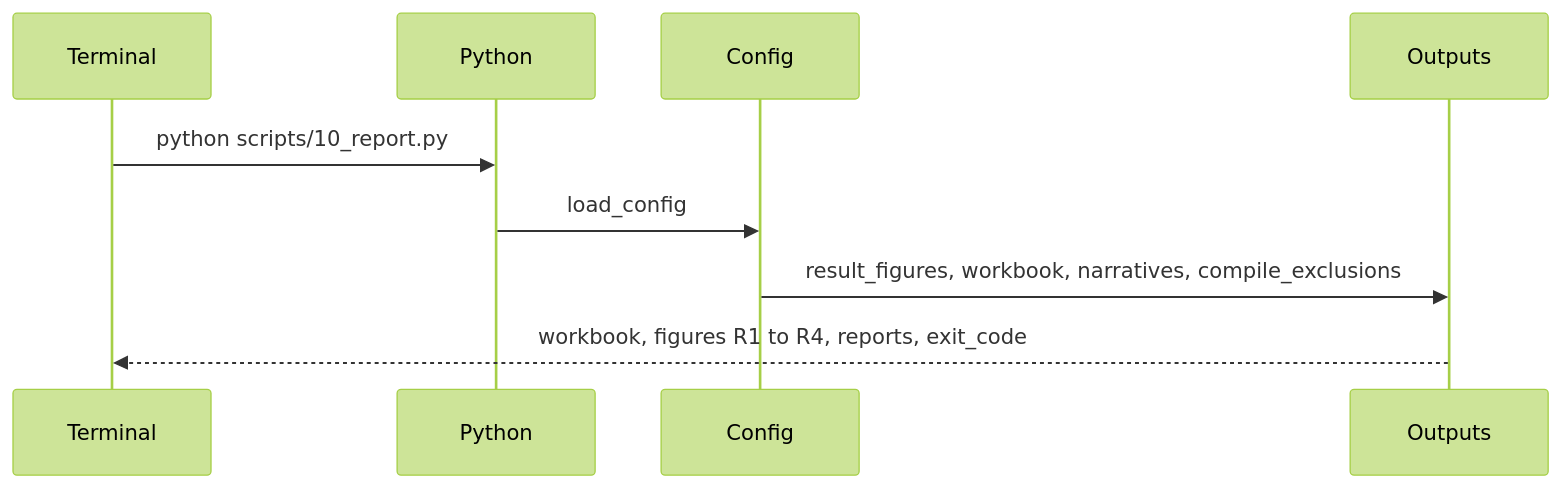
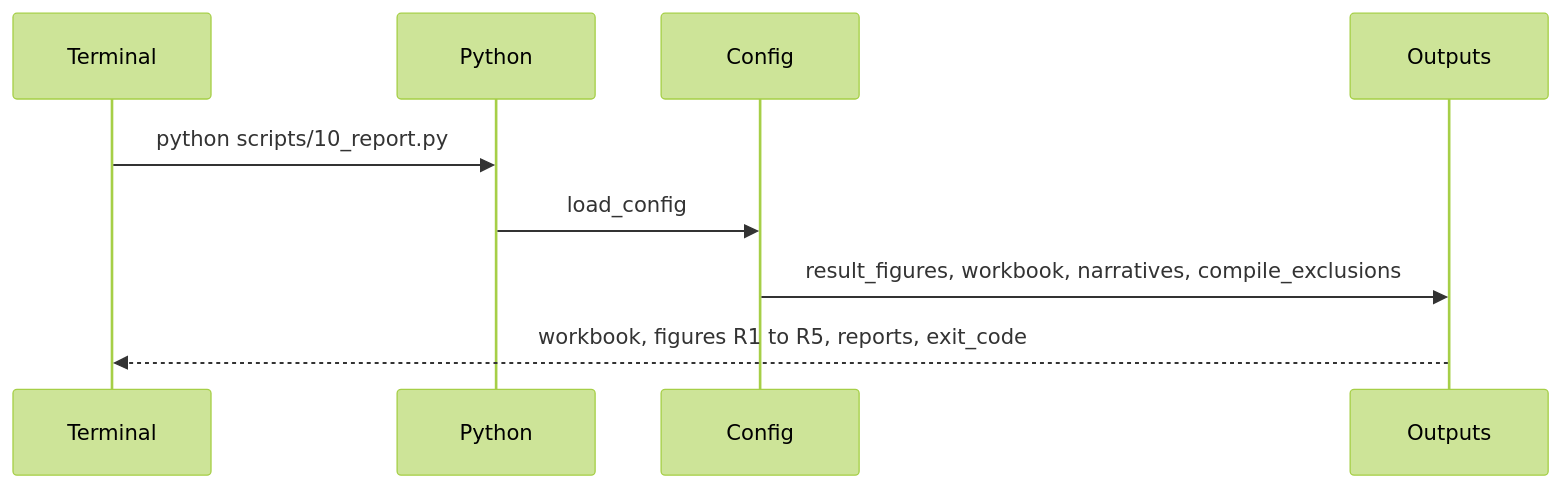
Before and after one commit to VicChen199/MacaulaySeminar3: diagram 11 of 13 in docs/architecture.md, drawn with Mermaid (forest theme). The commit also changed other lines of this file and 1 other file, not shown here.

````diff
--- a/docs/architecture.md
+++ b/docs/architecture.md
@@ -328,11 +356,11 @@
 ```mermaid
 sequenceDiagram
   participant Terminal
   participant Python
   participant Config
   participant Outputs
   Terminal->>Python: python scripts/10_report.py
   Python->>Config: load_config
   Config->>Outputs: result_figures, workbook, narratives, compile_exclusions
-  Outputs-->>Terminal: workbook, figures R1 to R4, reports, exit_code
+  Outputs-->>Terminal: workbook, figures R1 to R5, reports, exit_code
 ```
````
